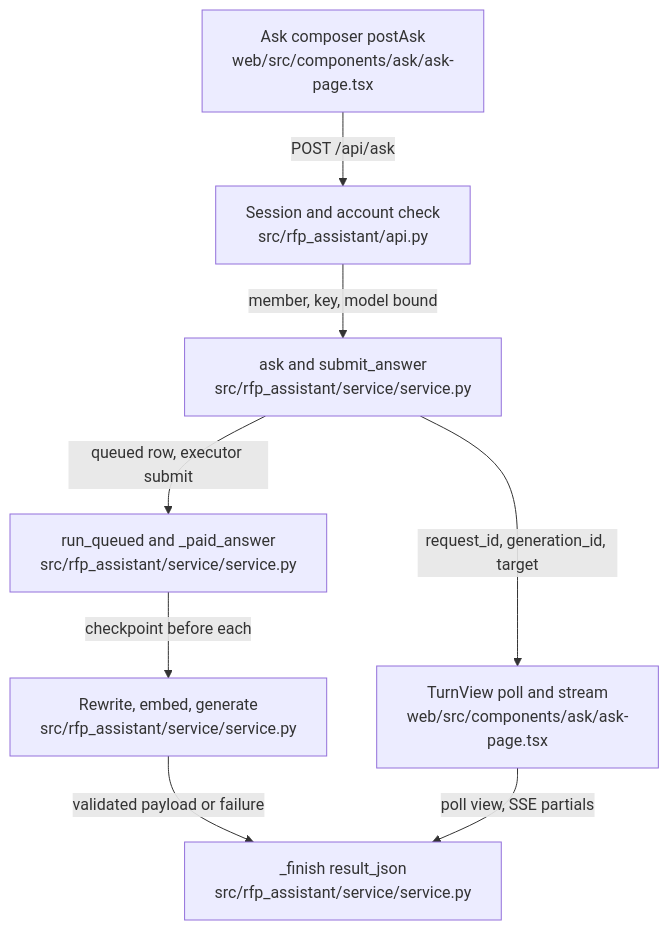
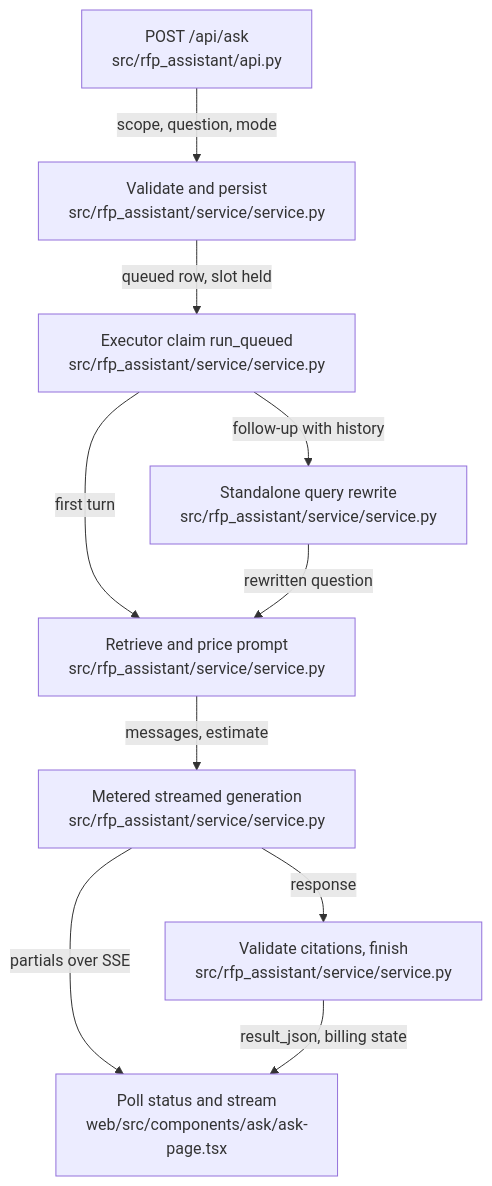
One commit to littleeeeebit/project-codeit-mid changed the diagram in .omm/request-lifecycle/diagram.mmd. Above: the diagram before and after it, drawn with Mermaid. The commit also changed 398 other files, not shown here.

```diff
--- a/.omm/request-lifecycle/diagram.mmd
+++ b/.omm/request-lifecycle/diagram.mmd
@@ -1,15 +1,10 @@
 graph TD
-  ask-composer["Ask composer postAsk\nweb/src/components/ask/ask-page.tsx"]
-  session-gate["Session and account check\nsrc/rfp_assistant/api.py"]
-  request-admission["ask and submit_answer\nsrc/rfp_assistant/service/service.py"]
-  worker-execution["run_queued and _paid_answer\nsrc/rfp_assistant/service/service.py"]
-  paid-stages["Rewrite, embed, generate\nsrc/rfp_assistant/service/service.py"]
-  outcome-store["_finish result_json\nsrc/rfp_assistant/service/service.py"]
-  screen-attachment["TurnView poll and stream\nweb/src/components/ask/ask-page.tsx"]
-  ask-composer -->|"POST /api/ask"| session-gate
-  session-gate -->|"member, key, model bound"| request-admission
-  request-admission -->|"queued row, executor submit"| worker-execution
-  worker-execution -->|"checkpoint before each"| paid-stages
-  paid-stages -->|"validated payload or failure"| outcome-store
-  request-admission -->|"request_id, generation_id, target"| screen-attachment
-  screen-attachment -->|"poll view, SSE partials"| outcome-store
+  ask-route["POST /api/ask\nsrc/rfp_assistant/api.py"] -->|"scope, question, mode"| admission["Validate and persist\nsrc/rfp_assistant/service/service.py"]
+  admission -->|"queued row, slot held"| worker-claim["Executor claim run_queued\nsrc/rfp_assistant/service/service.py"]
+  worker-claim -->|"follow-up with history"| query-rewrite["Standalone query rewrite\nsrc/rfp_assistant/service/service.py"]
+  worker-claim -->|"first turn"| retrieve-and-price["Retrieve and price prompt\nsrc/rfp_assistant/service/service.py"]
+  query-rewrite -->|"rewritten question"| retrieve-and-price
+  retrieve-and-price -->|"messages, estimate"| metered-generation["Metered streamed generation\nsrc/rfp_assistant/service/service.py"]
+  metered-generation -->|"response"| validate-and-finish["Validate citations, finish\nsrc/rfp_assistant/service/service.py"]
+  metered-generation -->|"partials over SSE"| screen-polling["Poll status and stream\nweb/src/components/ask/ask-page.tsx"]
+  validate-and-finish -->|"result_json, billing state"| screen-polling
```
